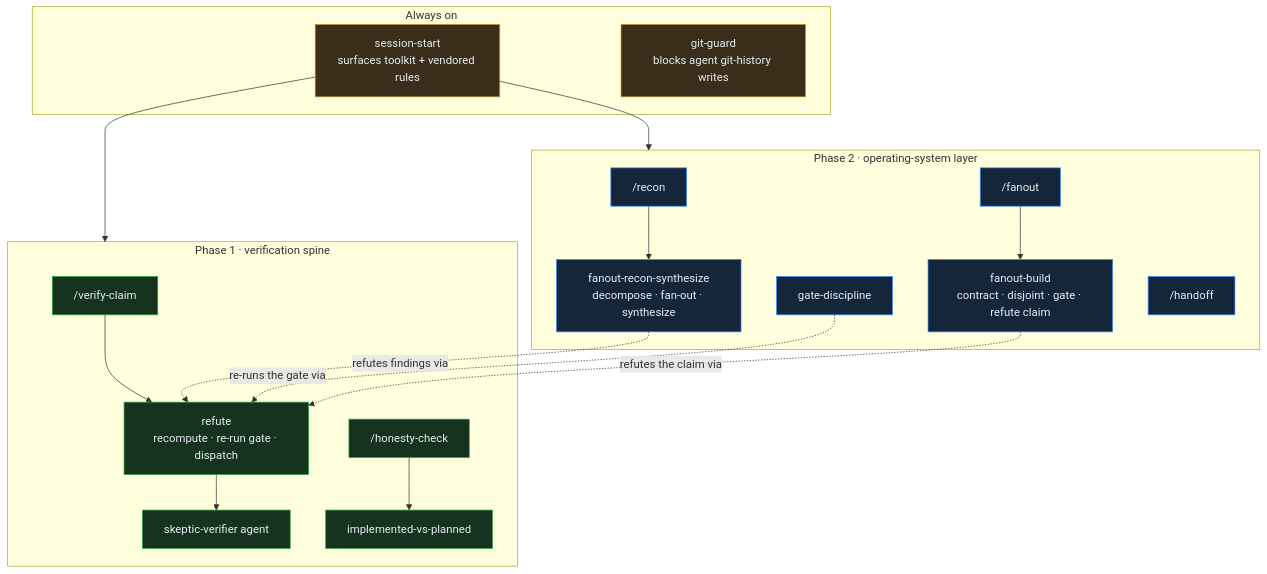
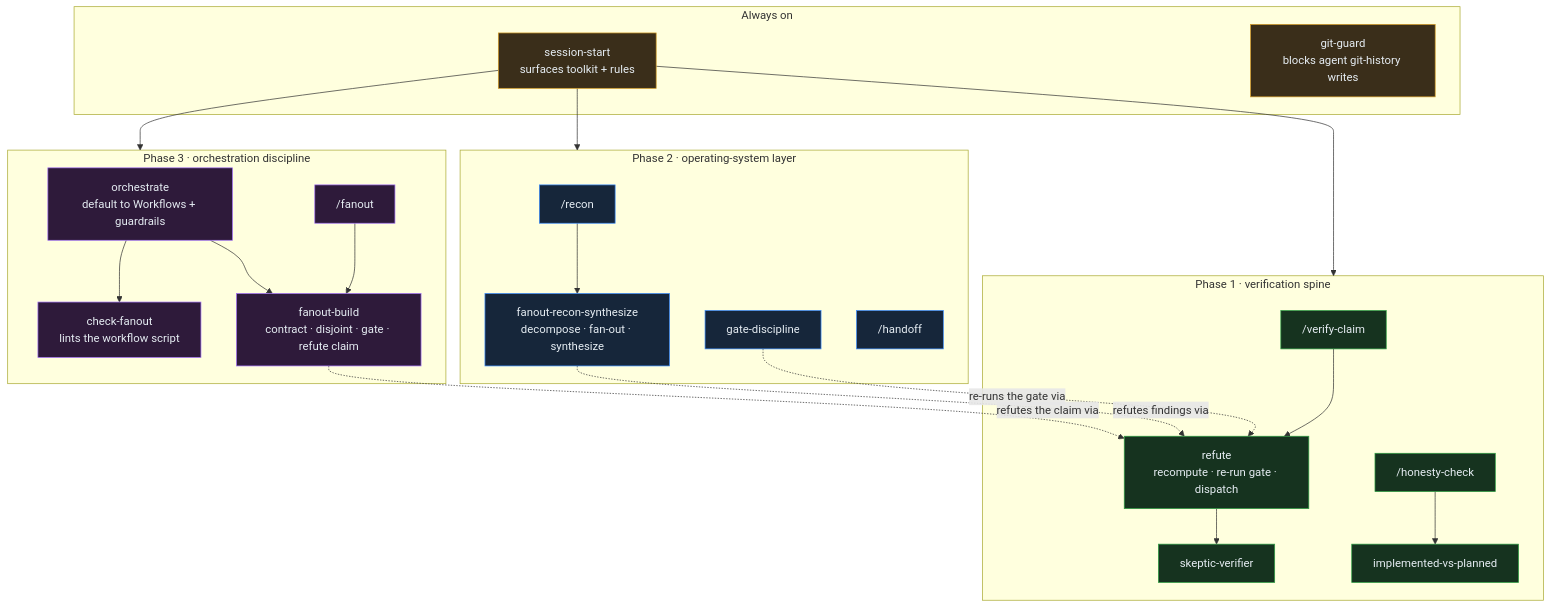
Before and after one commit to hossainpazooki/rigor: the first of 2 diagrams in README.md, drawn with Mermaid. The commit also changed other lines of this file, not shown here.

Commit message:
docs: give Phase 3 its own group in the how-it-works diagram

````diff
--- a/README.md
+++ b/README.md
@@ -18,33 +19,43 @@
 ```mermaid
 graph TD
     subgraph always["Always on"]
-        SS["session-start<br/>surfaces toolkit + vendored rules"]
+        SS["session-start<br/>surfaces toolkit + rules"]
         GG["git-guard<br/>blocks agent git-history writes"]
     end
 
     subgraph spine["Phase 1 · verification spine"]
         VC["/verify-claim"] --> REF["refute<br/>recompute · re-run gate · dispatch"]
-        REF --> SK["skeptic-verifier agent"]
+        REF --> SK["skeptic-verifier"]
         HC["/honesty-check"] --> IVP["implemented-vs-planned"]
     end
 
     subgraph osys["Phase 2 · operating-system layer"]
         RC["/recon"] --> FRS["fanout-recon-synthesize<br/>decompose · fan-out · synthesize"]
-        FB["/fanout"] --> FBS["fanout-build<br/>contract · disjoint · gate · refute claim"]
         GD["gate-discipline"]
         HO["/handoff"]
     end
 
+    subgraph orch["Phase 3 · orchestration discipline"]
+        ORC["orchestrate<br/>default to Workflows + guardrails"]
+        FO["/fanout"] --> FBS["fanout-build<br/>contract · disjoint · gate · refute claim"]
+        CF["check-fanout<br/>lints the workflow script"]
+    end
+
     SS --> spine
     SS --> osys
+    SS --> orch
+    ORC --> FBS
+    ORC --> CF
     FRS -. refutes findings via .-> REF
+    FBS -. refutes the claim via .-> REF
     GD -. re-runs the gate via .-> REF
-    FBS -. refutes the claim via .-> REF
 
     classDef always fill:#3a2e1a,stroke:#d29922,color:#e6edf3;
     classDef p1 fill:#16331f,stroke:#2ea043,color:#e6edf3;
     classDef p2 fill:#16263a,stroke:#388bfd,color:#e6edf3;
+    classDef p3 fill:#2e1a3a,stroke:#a371f7,color:#e6edf3;
     class SS,GG always;
     class VC,REF,SK,HC,IVP p1;
-    class RC,FRS,GD,HO,FB,FBS p2;
+    class RC,FRS,GD,HO p2;
+    class ORC,FO,FBS,CF p3;
 ```
````
